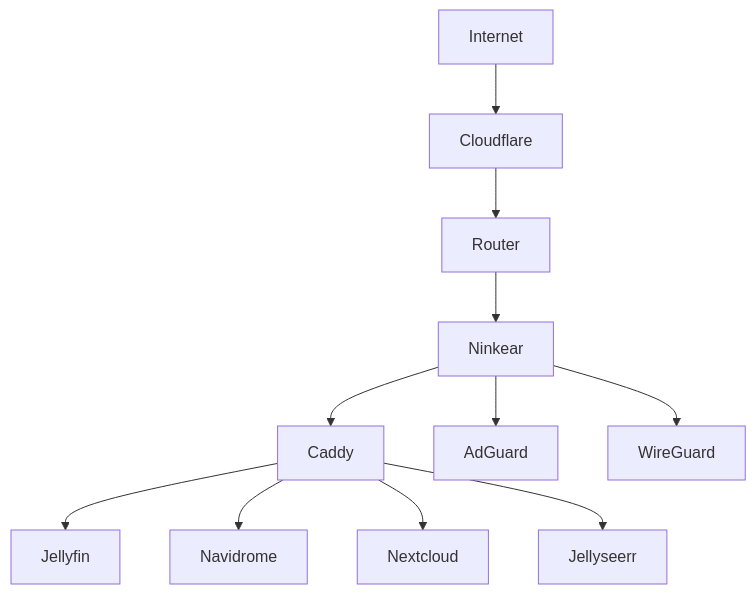
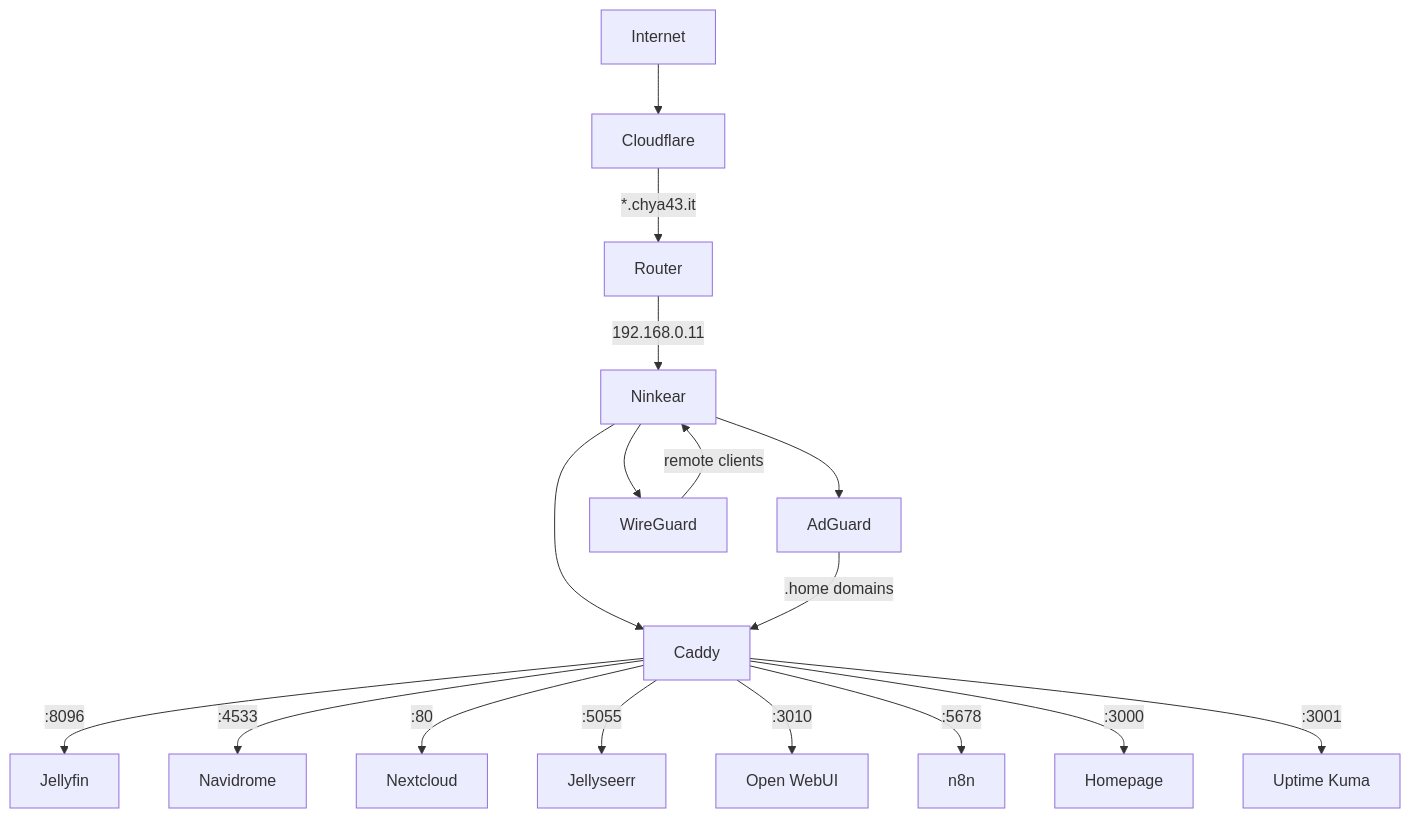
The first of 3 diagrams in docs/architecture/overview.md (chi04fern/homelab-docs), drawn with Mermaid before and after one commit. The commit also changed other lines of this file, not shown here.

Commit message:
add complete Mermaid diagrams to overview

````diff
--- a/docs/architecture/overview.md
+++ b/docs/architecture/overview.md
@@ -6,15 +7,22 @@
 ```mermaid
 graph TD
     Internet --> Cloudflare
-    Cloudflare --> Router
-    Router --> Ninkear
-
+    Cloudflare -->|"*.chya43.it"| Router
+    Router -->|"192.168.0.11"| Ninkear
+ 
     Ninkear --> Caddy
-    Caddy --> Jellyfin
-    Caddy --> Navidrome
-    Caddy --> Nextcloud
-    Caddy --> Jellyseerr
-
     Ninkear --> AdGuard
     Ninkear --> WireGuard
+ 
+    Caddy -->|":8096"| Jellyfin
+    Caddy -->|":4533"| Navidrome
+    Caddy -->|":80"| Nextcloud
+    Caddy -->|":5055"| Jellyseerr
+    Caddy -->|":3010"| OpenWebUI["Open WebUI"]
+    Caddy -->|":5678"| n8n
+    Caddy -->|":3000"| Homepage
+    Caddy -->|":3001"| UptimeKuma["Uptime Kuma"]
+ 
+    WireGuard -->|"remote clients"| Ninkear
+    AdGuard -->|".home domains"| Caddy
 ```
````
